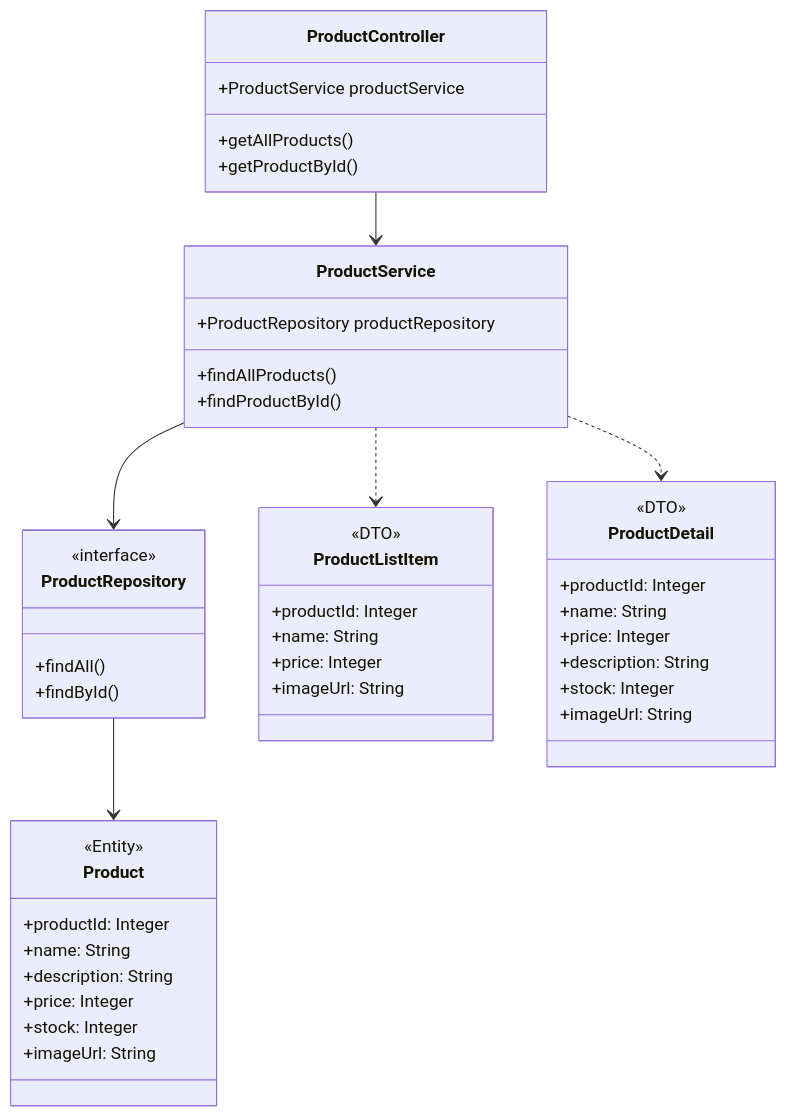
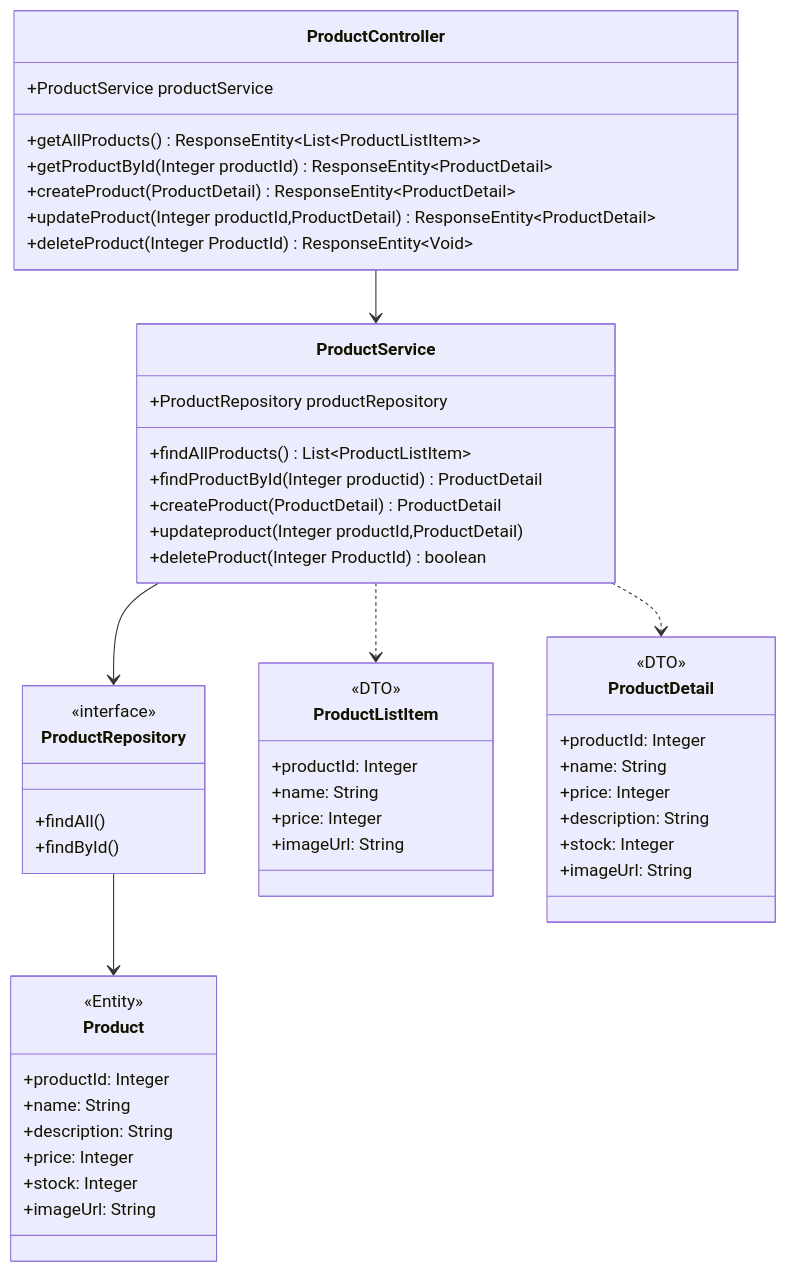
The tenth of 13 diagrams in 詳細設計/詳細設計.md (Hinako-Kimura127/neko), drawn with Mermaid before and after one commit. The commit also changed other lines of this file, not shown here.

````diff
--- a/詳細設計/詳細設計.md
+++ b/詳細設計/詳細設計.md
@@ -668,53 +663,59 @@
-<div class="mermaid">
+```mermaid
 classDiagram
 
 %% =========================
 %% 商品関連
 %% =========================
 class ProductController {
     +ProductService productService
-    +getAllProducts()
-    +getProductById()
+    +getAllProducts() ResponseEntity~List~ProductListItem~~
+    +getProductById(Integer productId) ResponseEntity~ProductDetail~
+    +createProduct(ProductDetail) ResponseEntity~ProductDetail~
+    +updateProduct(Integer productId,ProductDetail) ResponseEntity~ProductDetail~
+    +deleteProduct(Integer ProductId) ResponseEntity~Void~
 }
 class ProductService {
     +ProductRepository productRepository
-    +findAllProducts()
-    +findProductById()
+    +findAllProducts() List~ProductListItem~
+    +findProductById(Integer productid) ProductDetail
+    +createProduct(ProductDetail) ProductDetail
+    +updateproduct(Integer productId,ProductDetail)
+    +deleteProduct(Integer ProductId) boolean
 }
 class ProductRepository {
     <<interface>>
     +findAll()
     +findById()
 }
 class Product {
     <<Entity>>
     +productId: Integer
     +name: String
     +description: String
     +price: Integer
     +stock: Integer
     +imageUrl: String
 }
 class ProductListItem {
     <<DTO>>
     +productId: Integer
     +name: String
     +price: Integer
     +imageUrl: String
 }
 class ProductDetail {
     <<DTO>>
     +productId: Integer
     +name: String
     +price: Integer
     +description: String
     +stock: Integer
     +imageUrl: String
 }
 
 ProductController --> ProductService
 ProductService --> ProductRepository
 ProductRepository --> Product
 ProductService ..> ProductListItem
 ProductService ..> ProductDetail
-</div>
+```
````
